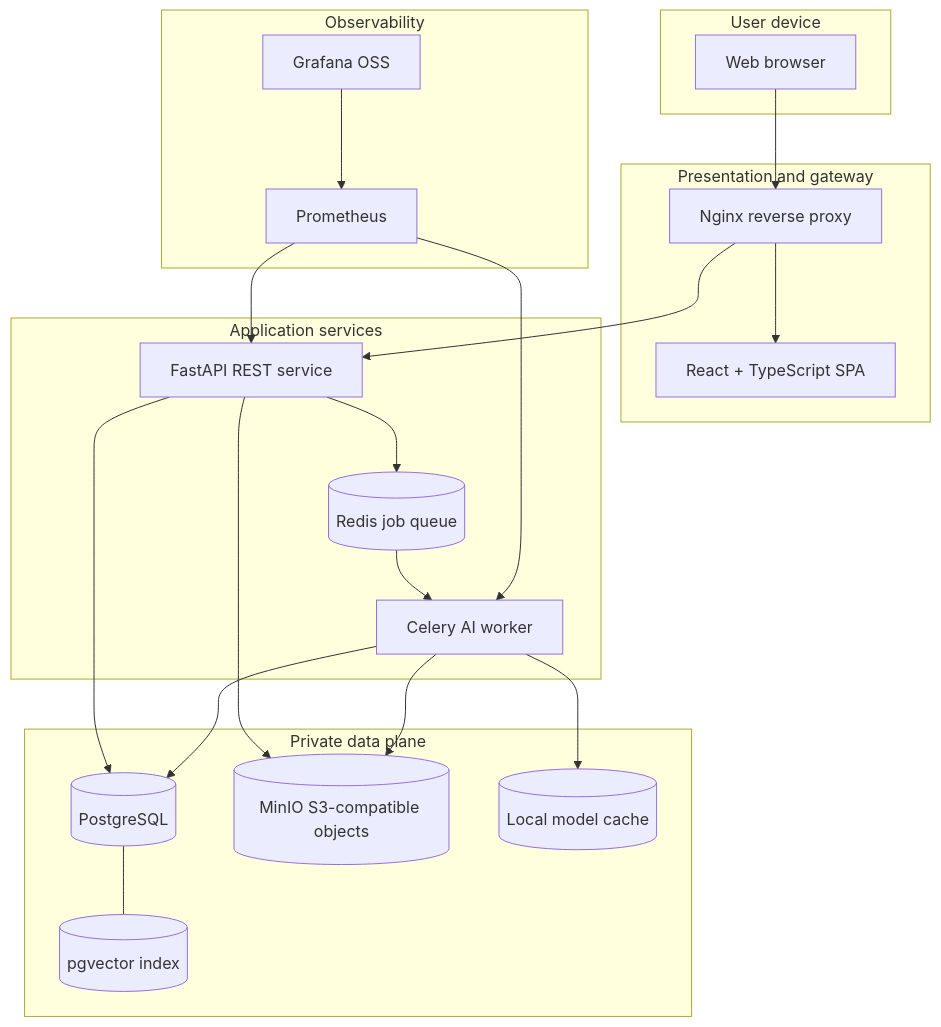
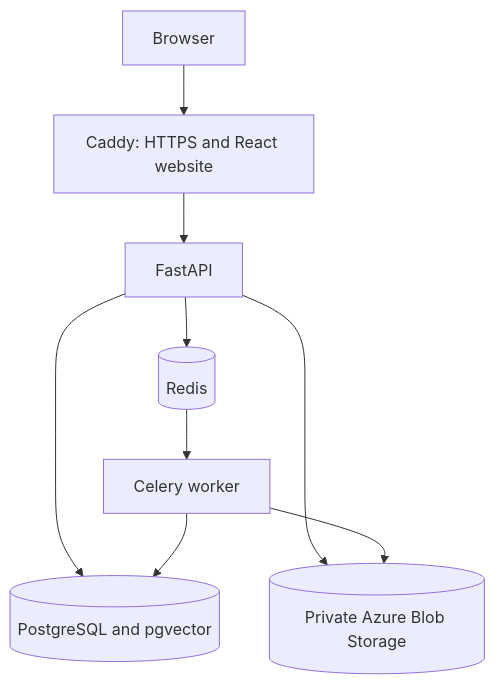
The diagram in docs/architecture.md (Arnav-Dugad/imagevault-ai), drawn with Mermaid before and after one commit. The commit also changed other lines of this file and 42 other files, not shown here.

````diff
--- a/docs/architecture.md
+++ b/docs/architecture.md
@@ -9,44 +5,11 @@
 ```mermaid
 flowchart TB
-    subgraph Client[User device]
-        Browser[Web browser]
-    end
-
-    subgraph Gateway[Presentation and gateway]
-        Nginx[Nginx reverse proxy]
-        React[React + TypeScript SPA]
-    end
-
-    subgraph Application[Application services]
-        API[FastAPI REST service]
-        Queue[(Redis job queue)]
-        Worker[Celery AI worker]
-    end
-
-    subgraph Data[Private data plane]
-        Postgres[(PostgreSQL)]
-        Vector[(pgvector index)]
-        MinIO[(MinIO S3-compatible objects)]
-        Cache[(Local model cache)]
-    end
-
-    subgraph Observability[Observability]
-        Prometheus[Prometheus]
-        Grafana[Grafana OSS]
-    end
-
-    Browser --> Nginx
-    Nginx --> React
-    Nginx --> API
-    API --> Postgres
-    Postgres --- Vector
-    API --> MinIO
-    API --> Queue
-    Queue --> Worker
-    Worker --> MinIO
-    Worker --> Postgres
-    Worker --> Cache
-    Prometheus --> API
-    Prometheus --> Worker
-    Grafana --> Prometheus
+    Browser[Browser] --> Caddy["Caddy: HTTPS and React website"]
+    Caddy --> API[FastAPI]
+    API --> DB[(PostgreSQL and pgvector)]
+    API --> Queue[(Redis)]
+    API --> Blob[(Private Azure Blob Storage)]
+    Queue --> Worker[Celery worker]
+    Worker --> Blob
+    Worker --> DB
 ```
````
